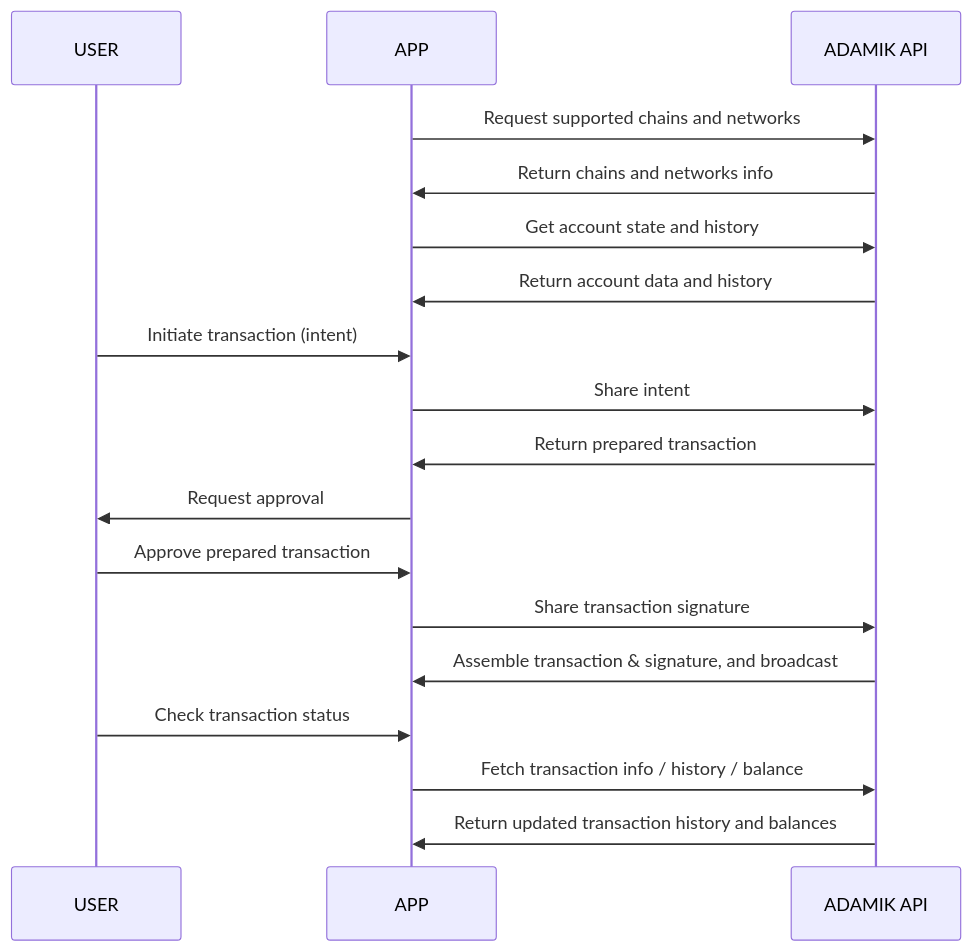
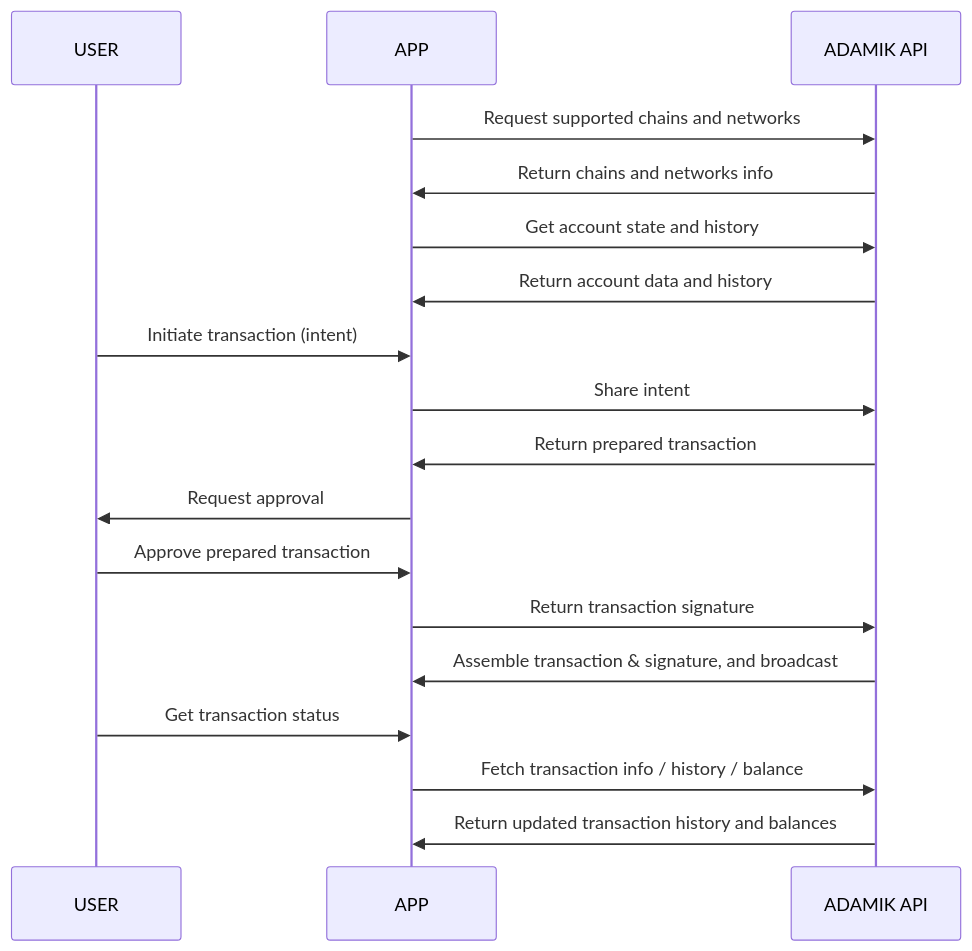
The diagram in get_started/overview.mdx (AdamikHQ/adamik-documentation), drawn with Mermaid before and after one commit.

Commit message:
slight rewording

````diff
--- a/get_started/overview.mdx
+++ b/get_started/overview.mdx
@@ -13,25 +13,25 @@
 ```mermaid
 
 sequenceDiagram
 participant USER
 participant APP
 participant ADAMIK API
 
     APP->>ADAMIK API: Request supported chains and networks
     ADAMIK API->>APP: Return chains and networks info
 
     APP->>ADAMIK API: Get account state and history
     ADAMIK API->>APP: Return account data and history
 
     USER->>APP: Initiate transaction (intent)
     APP->>ADAMIK API: Share intent
     ADAMIK API->>APP: Return prepared transaction
     APP->> USER: Request approval
     USER->>APP: Approve prepared transaction
-    APP->>ADAMIK API: Share transaction signature
+    APP->>ADAMIK API: Return transaction signature
     ADAMIK API->>APP: Assemble transaction & signature, and broadcast
 
-    USER->>APP: Check transaction status
+    USER->>APP: Get transaction status
     APP->>ADAMIK API: Fetch transaction info / history / balance
     ADAMIK API->>APP: Return updated transaction history and balances
 ```
````
